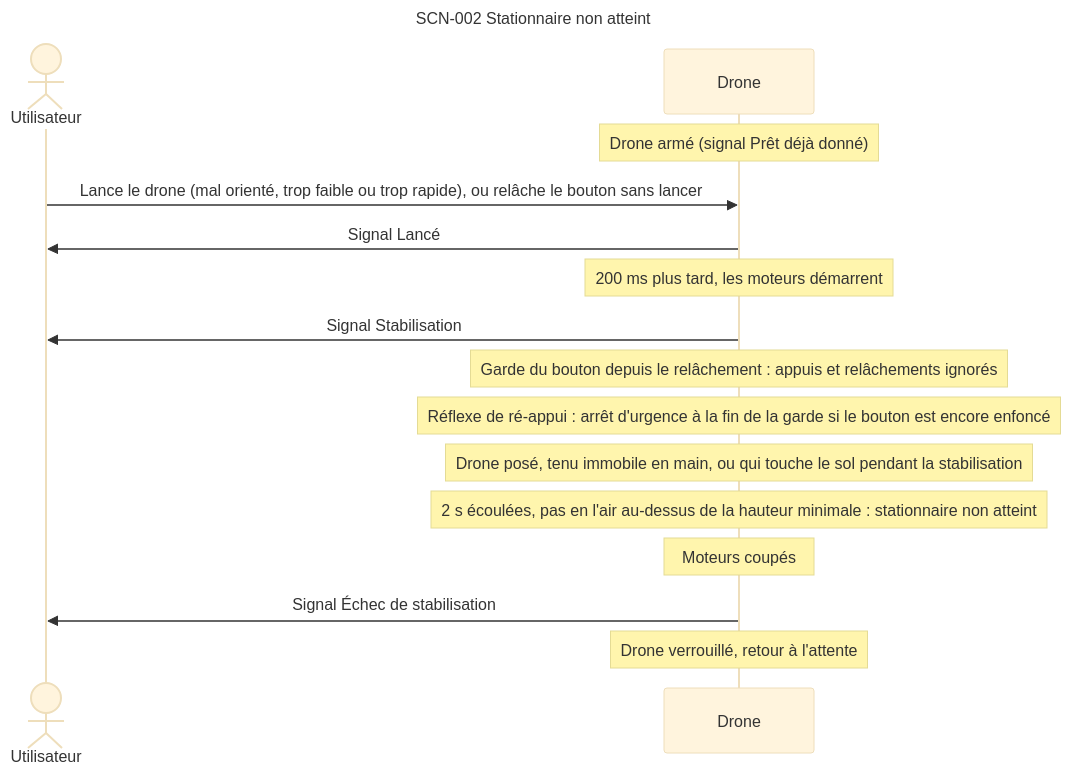
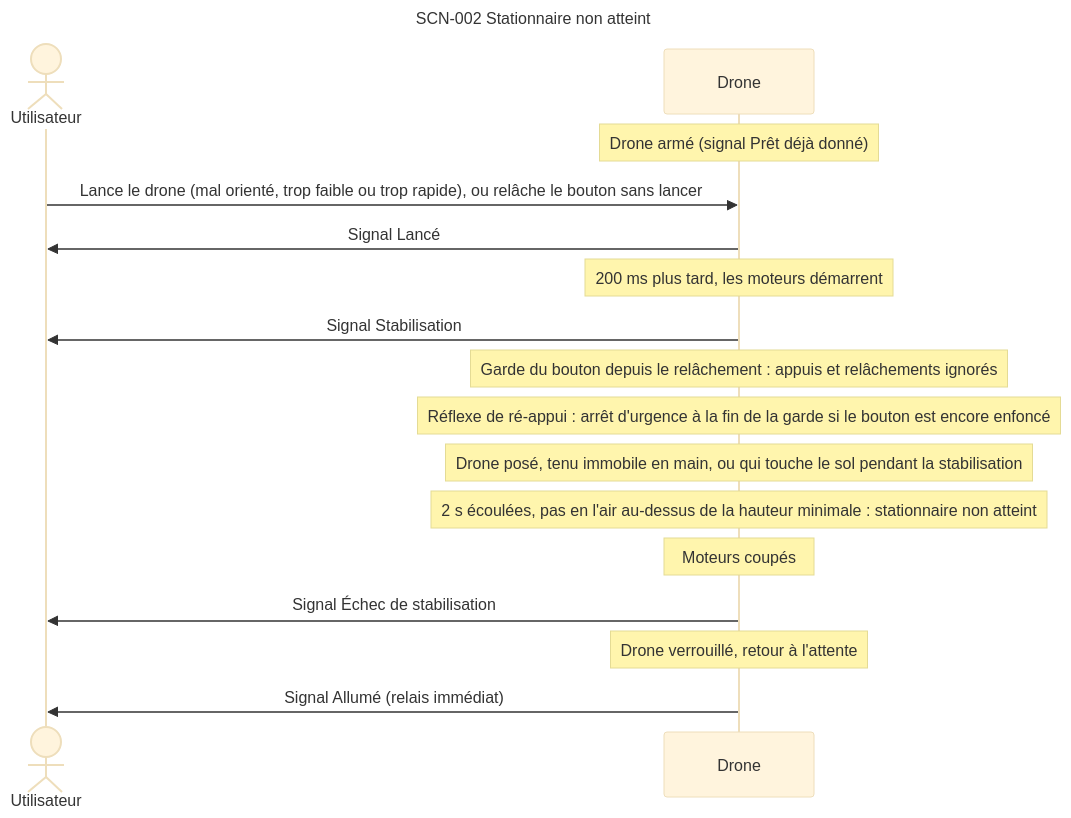
Before and after one commit to thourymatthieu-png/coworker_archi_system: the sixth of 15 diagrams in projets/boomrone/00-scenarios.md, drawn with Mermaid (base theme). The commit also changed other lines of this file and 6 other files, not shown here.

````diff
--- a/projets/boomrone/00-scenarios.md
+++ b/projets/boomrone/00-scenarios.md
@@ -382,20 +387,21 @@
 ```mermaid
 ---
 title: "SCN-002 Stationnaire non atteint"
 ---
 sequenceDiagram
     actor U as Utilisateur
     participant D as Drone
     Note over D: Drone armé (signal Prêt déjà donné)
     U->>D: Lance le drone (mal orienté, trop faible ou trop rapide), ou relâche le bouton sans lancer
     D->>U: Signal Lancé
     Note over D: 200 ms plus tard, les moteurs démarrent
     D->>U: Signal Stabilisation
     Note over D: Garde du bouton depuis le relâchement : appuis et relâchements ignorés
     Note over D: Réflexe de ré-appui : arrêt d'urgence à la fin de la garde si le bouton est encore enfoncé
     Note over D: Drone posé, tenu immobile en main, ou qui touche le sol pendant la stabilisation
     Note over D: 2 s écoulées, pas en l'air au-dessus de la hauteur minimale : stationnaire non atteint
     Note over D: Moteurs coupés
     D->>U: Signal Échec de stabilisation
     Note over D: Drone verrouillé, retour à l'attente
+    D->>U: Signal Allumé (relais immédiat)
 ```
````
